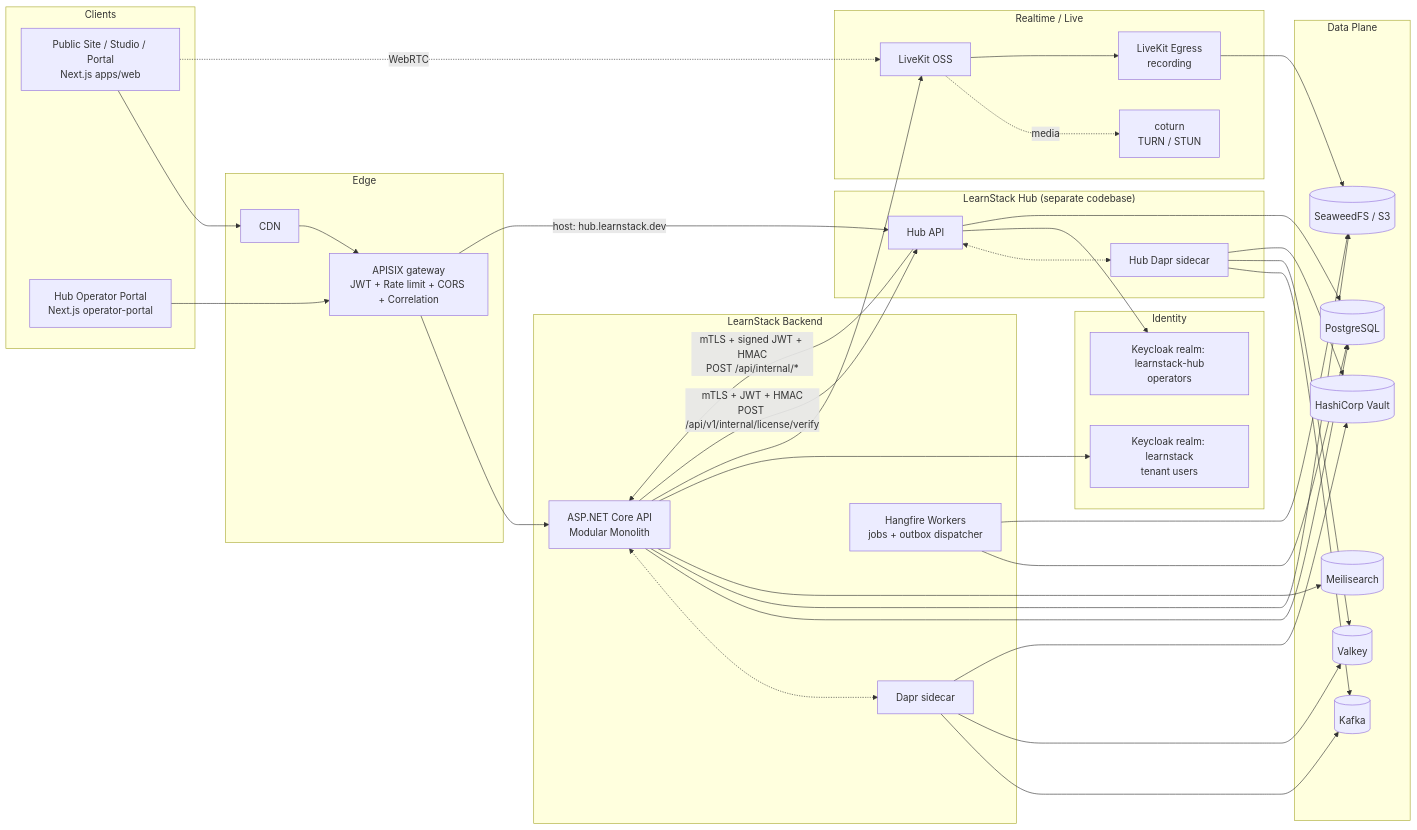
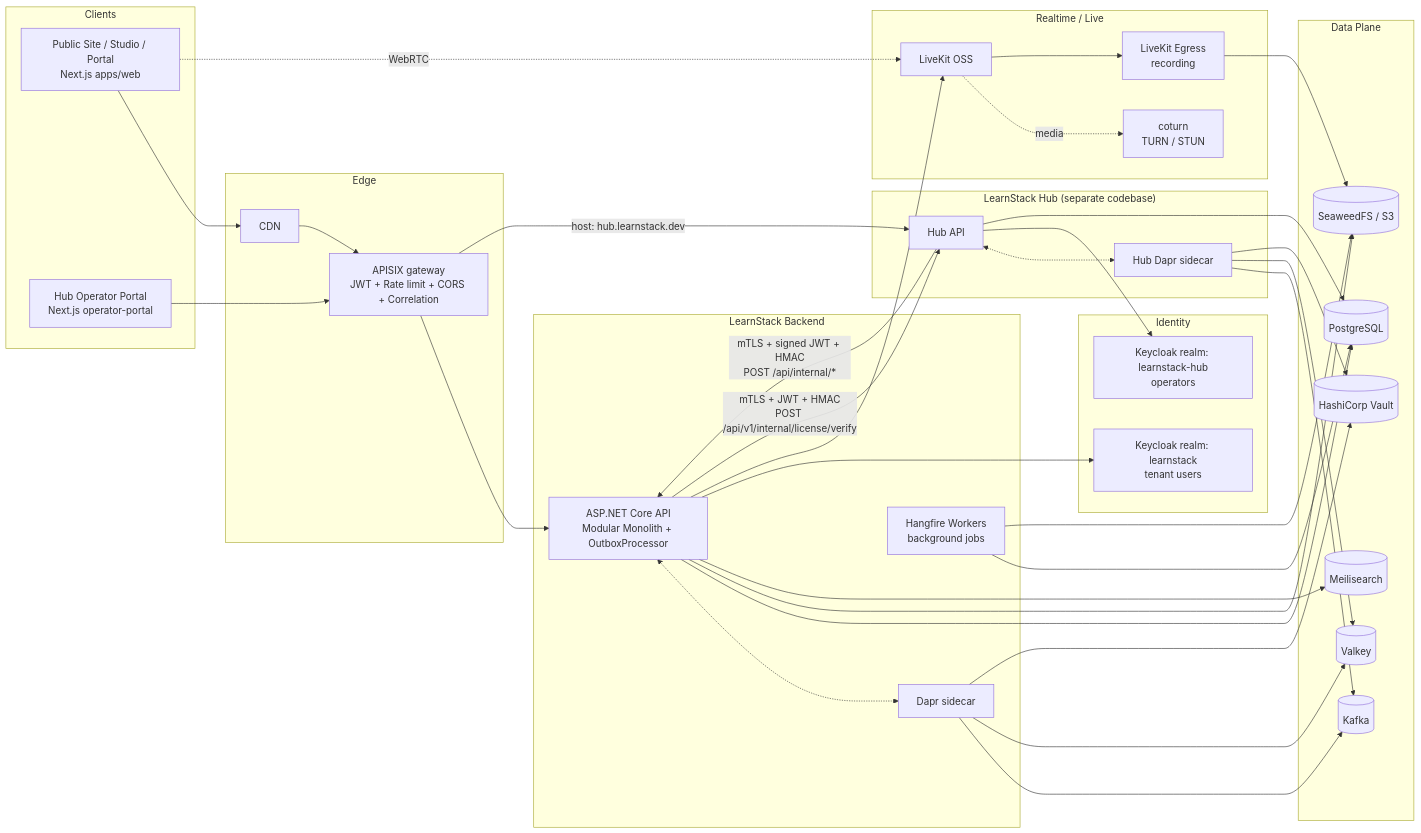
Before and after one commit to HodeTech/LearnStack: the first of 2 diagrams in docs/architecture/04-technical-architecture.md, drawn with Mermaid. The commit also changed other lines of this file and 138 other files, not shown here.

````diff
--- a/docs/architecture/04-technical-architecture.md
+++ b/docs/architecture/04-technical-architecture.md
@@ -30,74 +30,74 @@
 ```mermaid
 flowchart LR
   subgraph clients["Clients"]
     web[Public Site / Studio / Portal<br/>Next.js apps/web]
     hubweb[Hub Operator Portal<br/>Next.js operator-portal]
   end
 
   subgraph edge["Edge"]
     cdn[CDN]
     apisix[APISIX gateway<br/>JWT + Rate limit + CORS + Correlation]
   end
 
   subgraph backend["LearnStack Backend"]
-    api[ASP.NET Core API<br/>Modular Monolith]
+    api[ASP.NET Core API<br/>Modular Monolith + OutboxProcessor]
     daprd1[Dapr sidecar]
-    workers[Hangfire Workers<br/>jobs + outbox dispatcher]
+    workers[Hangfire Workers<br/>background jobs]
   end
 
   subgraph hubplane["LearnStack Hub (separate codebase)"]
     hubapi[Hub API]
     daprd2[Hub Dapr sidecar]
   end
 
   subgraph data["Data Plane"]
     pg[(PostgreSQL)]
     redis[(Valkey)]
     seaweedfs[(SeaweedFS / S3)]
     meili[(Meilisearch)]
     kafka[(Kafka)]
     vault[(HashiCorp Vault)]
   end
 
   subgraph realtime["Realtime / Live"]
     lk[LiveKit OSS]
     egress[LiveKit Egress<br/>recording]
     turn[coturn<br/>TURN / STUN]
   end
 
   subgraph identity["Identity"]
     kc_main[Keycloak realm: learnstack<br/>tenant users]
     kc_hub[Keycloak realm: learnstack-hub<br/>operators]
   end
 
   web --> cdn --> apisix --> api
   hubweb --> apisix
   apisix -- "host: hub.learnstack.dev" --> hubapi
   web -. WebRTC .-> lk
   lk -. media .-> turn
 
   api <-.-> daprd1
   daprd1 --> kafka
   daprd1 --> redis
   daprd1 --> vault
 
   hubapi <-.-> daprd2
   daprd2 --> kafka
   daprd2 --> redis
   daprd2 --> vault
 
   api --> pg
   api --> seaweedfs
   api --> meili
   api --> kc_main
   api --> lk
   workers --> pg
   workers --> seaweedfs
   egress --> seaweedfs
   lk --> egress
 
   hubapi -- "mTLS + signed JWT + HMAC<br/>POST /api/internal/*" --> api
   api -- "mTLS + JWT + HMAC<br/>POST /api/v1/internal/license/verify" --> hubapi
   hubapi --> kc_hub
   hubapi --> pg
 ```
````
